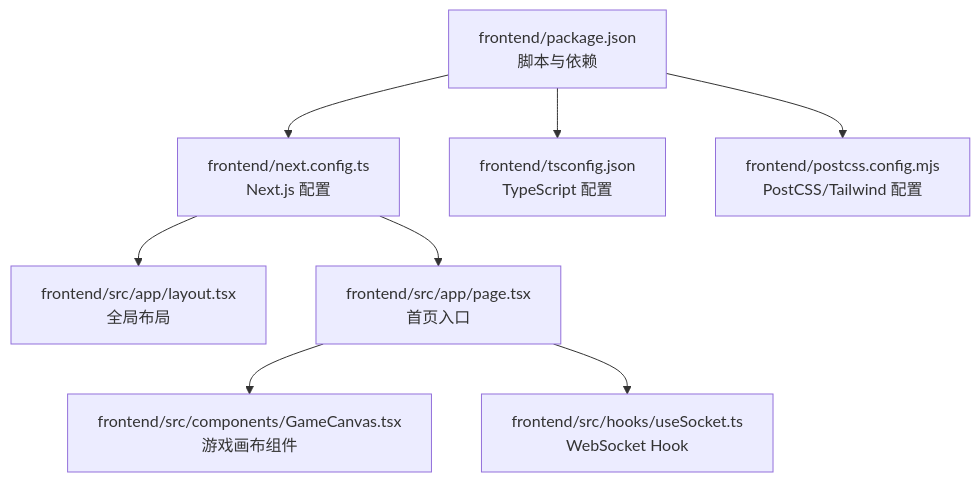
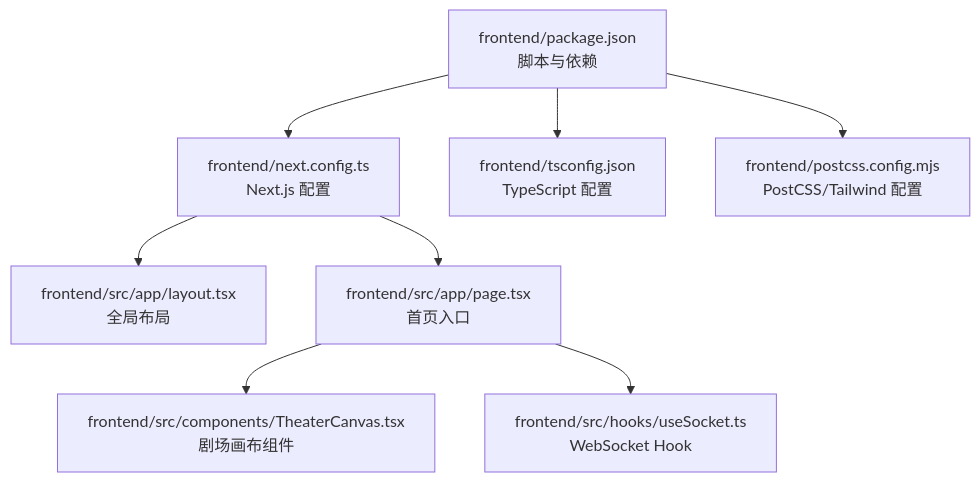
The first of 5 diagrams in .qoder/repowiki/zh/content/部署指南/前端部署.md (KunLabAI/KunFlix), drawn with Mermaid before and after one commit. The commit also changed other lines of this file and 112 other files, not shown here.

````diff
--- a/.qoder/repowiki/zh/content/部署指南/前端部署.md
+++ b/.qoder/repowiki/zh/content/部署指南/前端部署.md
@@ -48,10 +48,10 @@
 ```mermaid
 graph TB
 A["frontend/package.json<br/>脚本与依赖"] --> B["frontend/next.config.ts<br/>Next.js 配置"]
 A --> C["frontend/tsconfig.json<br/>TypeScript 配置"]
 A --> D["frontend/postcss.config.mjs<br/>PostCSS/Tailwind 配置"]
 B --> E["frontend/src/app/layout.tsx<br/>全局布局"]
 B --> F["frontend/src/app/page.tsx<br/>首页入口"]
-F --> G["frontend/src/components/GameCanvas.tsx<br/>游戏画布组件"]
+F --> G["frontend/src/components/TheaterCanvas.tsx<br/>剧场画布组件"]
 F --> H["frontend/src/hooks/useSocket.ts<br/>WebSocket Hook"]
 ```
````
